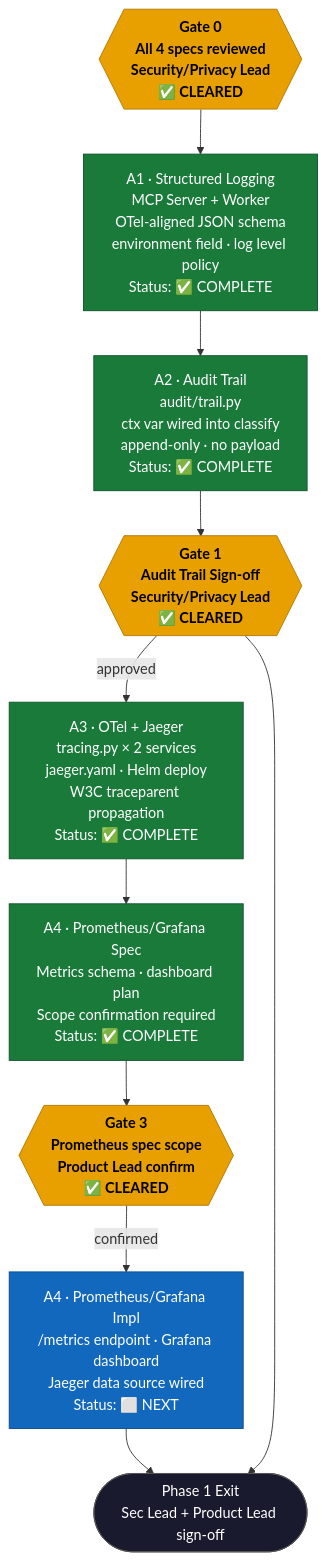
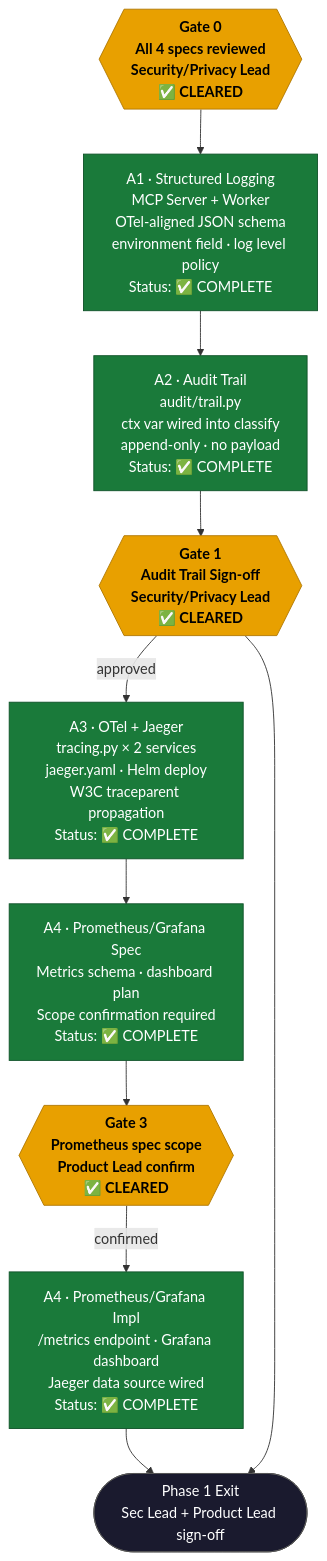
One commit to giterdunstudios/mcp-presidio-sensitivity changed the first of 3 diagrams in planning/pipeline.md. Above: the diagram before and after it, drawn with Mermaid.

Commit message:
A4I: Mark Prometheus/Grafana implementation complete in pipeline
Track A is now fully complete: A1→A2→A3→A4S→A4I all done.
Phase 1 exit requires Sec Lead + Product Lead sign-off.

````diff
--- a/planning/pipeline.md
+++ b/planning/pipeline.md
@@ -8,40 +8,39 @@
 ```mermaid
 flowchart TB
     G0{{"Gate 0\nAll 4 specs reviewed\nSecurity/Privacy Lead\n✅ CLEARED"}}
 
     A1["A1 · Structured Logging\nMCP Server + Worker\nOTel-aligned JSON schema\nenvironment field · log level policy\nStatus: ✅ COMPLETE"]
 
     A2["A2 · Audit Trail\naudit/trail.py\nctx var wired into classify\nappend-only · no payload\nStatus: ✅ COMPLETE"]
 
     G1{{"Gate 1\nAudit Trail Sign-off\nSecurity/Privacy Lead\n✅ CLEARED"}}
 
     A3["A3 · OTel + Jaeger\ntracing.py × 2 services\njaeger.yaml · Helm deploy\nW3C traceparent propagation\nStatus: ✅ COMPLETE"]
 
     A4S["A4 · Prometheus/Grafana Spec\nMetrics schema · dashboard plan\nScope confirmation required\nStatus: ✅ COMPLETE"]
 
     G3{{"Gate 3\nPrometheus spec scope\nProduct Lead confirm\n✅ CLEARED"}}
 
-    A4I["A4 · Prometheus/Grafana Impl\n/metrics endpoint · Grafana dashboard\nJaeger data source wired\nStatus: ⬜ NEXT"]
+    A4I["A4 · Prometheus/Grafana Impl\n/metrics endpoint · Grafana dashboard\nJaeger data source wired\nStatus: ✅ COMPLETE"]
 
     EXIT(["Phase 1 Exit\nSec Lead + Product Lead sign-off"])
 
     G0 --> A1
     A1 --> A2
     A2 --> G1
     G1 -->|approved| A3
     A3 --> A4S
     A4S --> G3
     G3 -->|confirmed| A4I
     A4I --> EXIT
     G1 --> EXIT
 
     classDef gate fill:#e8a000,stroke:#b07800,color:#000,font-weight:bold
     classDef done fill:#1a7a3a,stroke:#0f5228,color:#fff
     classDef work fill:#1168bd,stroke:#0a4d8c,color:#fff
     classDef terminal fill:#1a1a2e,stroke:#555,color:#fff
 
     class G0,G1,G3 gate
-    class A1,A2,A3,A4S done
-    class A4I work
+    class A1,A2,A3,A4S,A4I done
     class EXIT terminal
 ```
````
